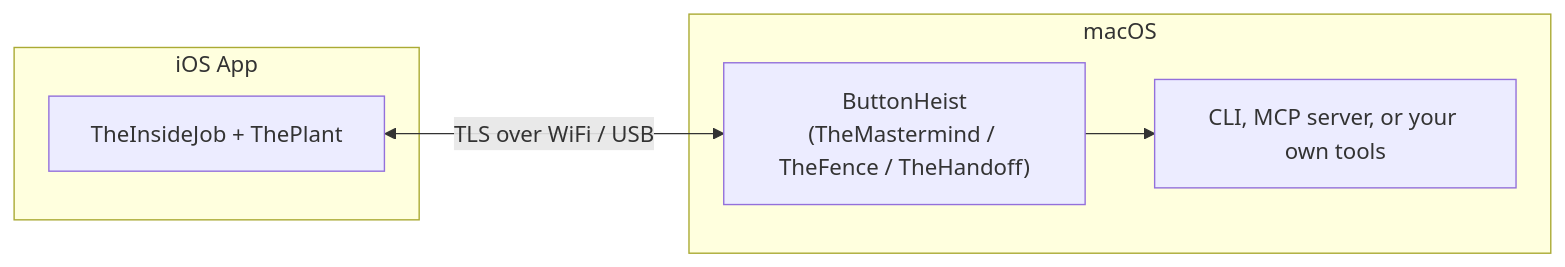
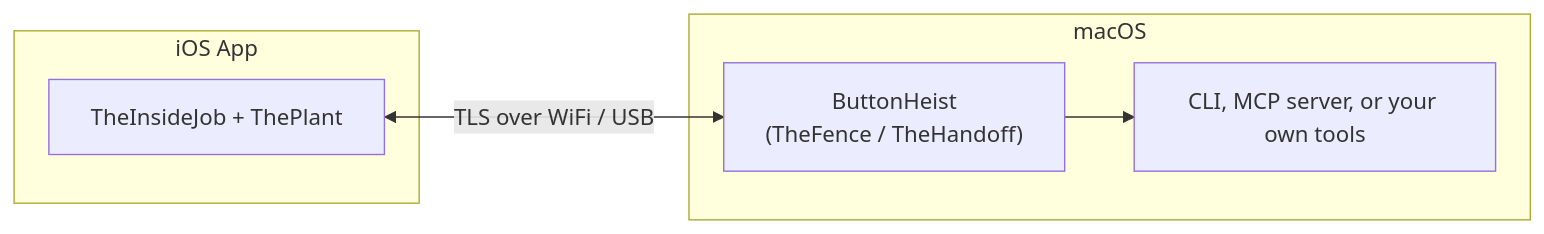
The diagram in ButtonHeist/README.md (RoyalPineapple/TheButtonHeist), drawn with Mermaid before and after one commit. The commit also changed other lines of this file and 41 other files, not shown here.

First line of the commit message:
Remove TheMastermind — TheFence talks to TheHandoff directly (#153)

````diff
--- a/ButtonHeist/README.md
+++ b/ButtonHeist/README.md
@@ -17,13 +17,13 @@
 ```mermaid
 graph LR
     subgraph ios["iOS App"]
         IJ["TheInsideJob + ThePlant"]
     end
 
     IJ <-->|"TLS over WiFi / USB"| BH
 
     subgraph mac["macOS"]
-        BH["ButtonHeist<br/>(TheMastermind / TheFence / TheHandoff)"]
+        BH["ButtonHeist<br/>(TheFence / TheHandoff)"]
         BH --> Consumers["CLI, MCP server, or your own tools"]
     end
 ```
````
